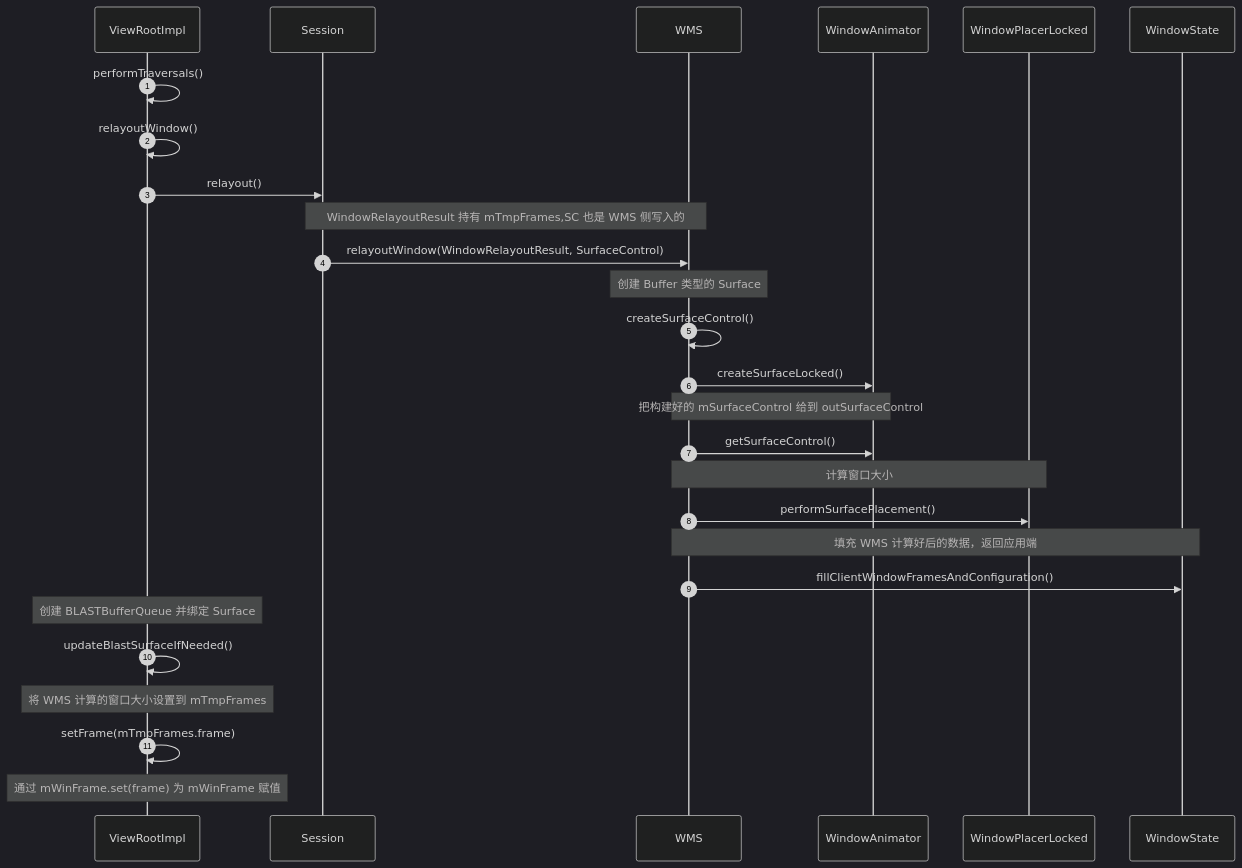
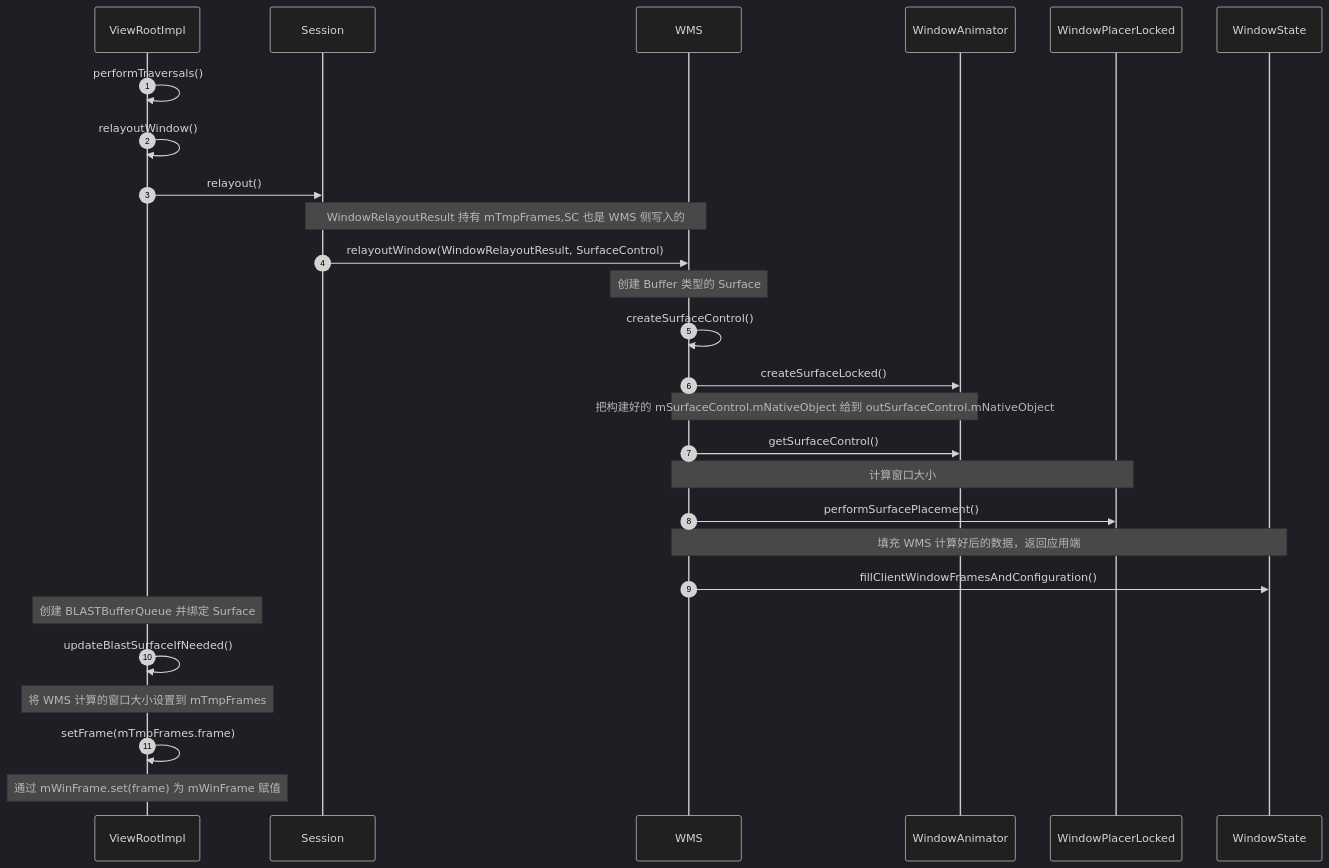
Diagram 15 of 17 in source/_posts/Android/WMS_SequenceDiagram.md (rangerzhou/rangerzhou.github.io), drawn with Mermaid (dark theme) before and after one commit. The commit also changed other lines of this file and 5 other files, not shown here.

````diff
--- a/source/_posts/Android/WMS_SequenceDiagram.md
+++ b/source/_posts/Android/WMS_SequenceDiagram.md
@@ -497,27 +496,27 @@
 ``` mermaid
 sequenceDiagram
 autonumber
 ViewRootImpl ->> ViewRootImpl:performTraversals()
 ViewRootImpl ->> ViewRootImpl:relayoutWindow()
 
 
 ViewRootImpl ->> Session:relayout()
 Note over Session,WMS:WindowRelayoutResult 持有 mTmpFrames,SC 也是 WMS 侧写入的
 Session ->> WMS:relayoutWindow(WindowRelayoutResult, SurfaceControl)
 Note over WMS:创建 Buffer 类型的 Surface
 WMS ->> WMS:createSurfaceControl()
 WMS ->> WindowAnimator:createSurfaceLocked()
-Note over WMS,WindowAnimator:把构建好的 mSurfaceControl 给到 outSurfaceControl
+Note over WMS,WindowAnimator:把构建好的 mSurfaceControl.mNativeObject 给到 outSurfaceControl.mNativeObject
 WMS ->> WindowAnimator:getSurfaceControl()
 
 Note over WMS,WindowPlacerLocked:计算窗口大小
 WMS ->> WindowPlacerLocked:performSurfacePlacement()
 Note over WMS,WindowState:填充 WMS 计算好后的数据，返回应用端
 WMS ->> WindowState:fillClientWindowFramesAndConfiguration()
 
 Note over ViewRootImpl:创建 BLASTBufferQueue 并绑定 Surface
 ViewRootImpl ->> ViewRootImpl:updateBlastSurfaceIfNeeded()
 Note over ViewRootImpl:将 WMS 计算的窗口大小设置到 mTmpFrames
 ViewRootImpl ->> ViewRootImpl:setFrame(mTmpFrames.frame)
 Note over ViewRootImpl:通过 mWinFrame.set(frame) 为 mWinFrame 赋值
 ```
````
